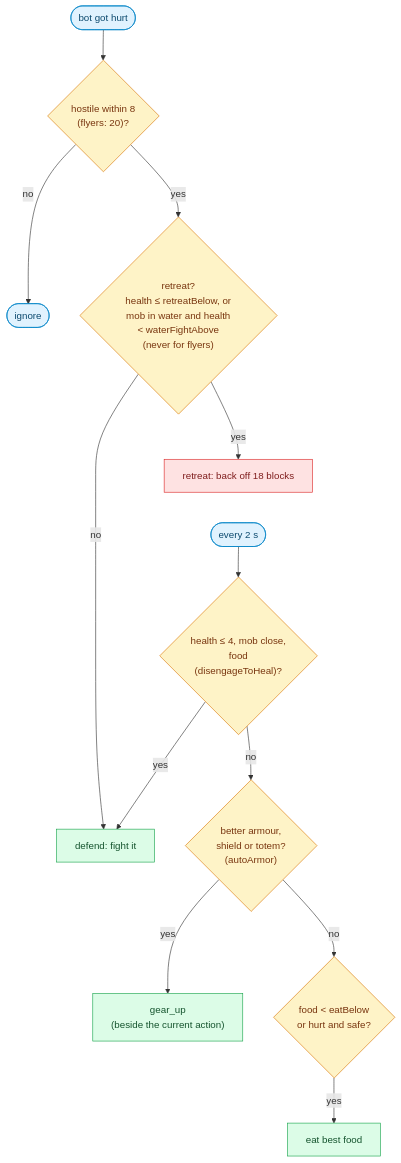
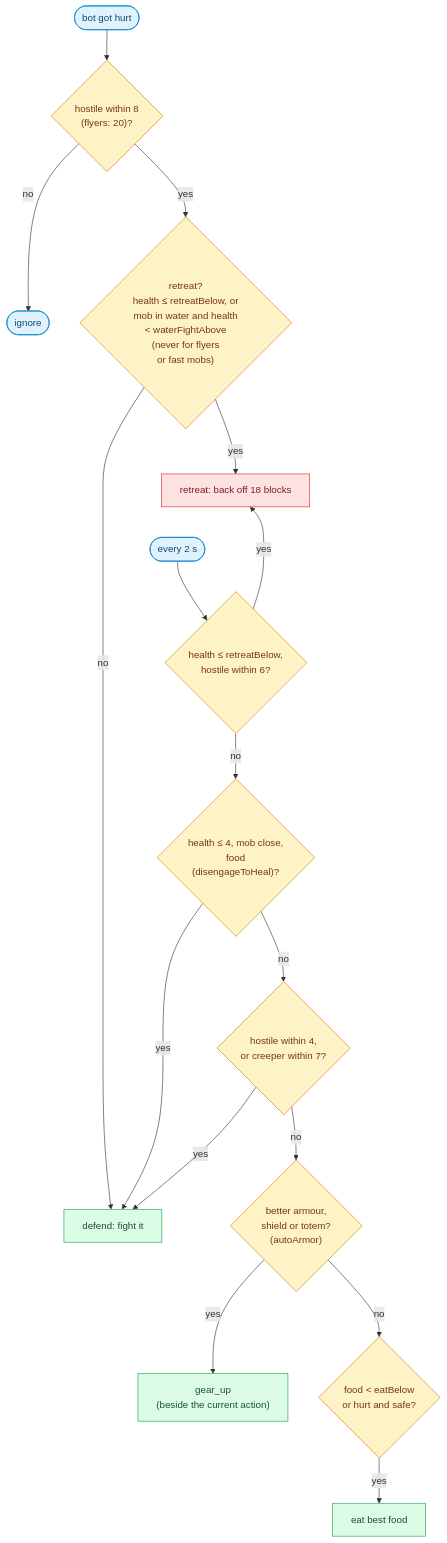
The sixth of 6 diagrams in docs/concepts/world.md (thereisnotime/golemkit), drawn with Mermaid before and after one commit. The commit also changed other lines of this file and 1 other file, not shown here.

````diff
--- a/docs/concepts/world.md
+++ b/docs/concepts/world.md
@@ -426,24 +430,28 @@
 ```mermaid
 flowchart TB
   H(["bot got hurt"]) --> M{"hostile within 8<br/>(flyers: 20)?"}
   M -- no --> X(["ignore"])
-  M -- yes --> R{"retreat?<br/>health ≤ retreatBelow, or<br/>mob in water and health<br/>&lt; waterFightAbove<br/>(never for flyers)"}
+  M -- yes --> R{"retreat?<br/>health ≤ retreatBelow, or<br/>mob in water and health<br/>&lt; waterFightAbove<br/>(never for flyers<br/>or fast mobs)"}
   R -- yes --> RT["retreat: back off 18 blocks"]
   R -- no --> DF["defend: fight it"]
-  T(["every 2 s"]) --> LOW{"health ≤ 4, mob close,<br/>food<br/>(disengageToHeal)?"}
+  T(["every 2 s"]) --> LR{"health ≤ retreatBelow,<br/>hostile within 6?"}
+  LR -- yes --> RT
+  LR -- no --> LOW{"health ≤ 4, mob close,<br/>food<br/>(disengageToHeal)?"}
   LOW -- yes --> DF
-  LOW -- no --> G{"better armour,<br/>shield or totem?<br/>(autoArmor)"}
+  LOW -- no --> PRE{"hostile within 4,<br/>or creeper within 7?"}
+  PRE -- yes --> DF
+  PRE -- no --> G{"better armour,<br/>shield or totem?<br/>(autoArmor)"}
   G -- yes --> GU["gear_up<br/>(beside the current action)"]
   G -- no --> E{"food &lt; eatBelow<br/>or hurt and safe?"}
   E -- yes --> EAT["eat best food"]
   RT ~~~ T
   classDef a fill:#e0f2fe,stroke:#0284c7,color:#0c4a6e
   classDef d fill:#fef3c7,stroke:#d97706,color:#78350f
   classDef g fill:#dcfce7,stroke:#16a34a,color:#14532d
   classDef r fill:#fee2e2,stroke:#dc2626,color:#7f1d1d
   class H,T a
-  class M,R,E,LOW,G d
+  class M,R,E,LR,LOW,PRE,G d
   class DF,EAT,GU g
   class RT r
   class X a
 ```
````
